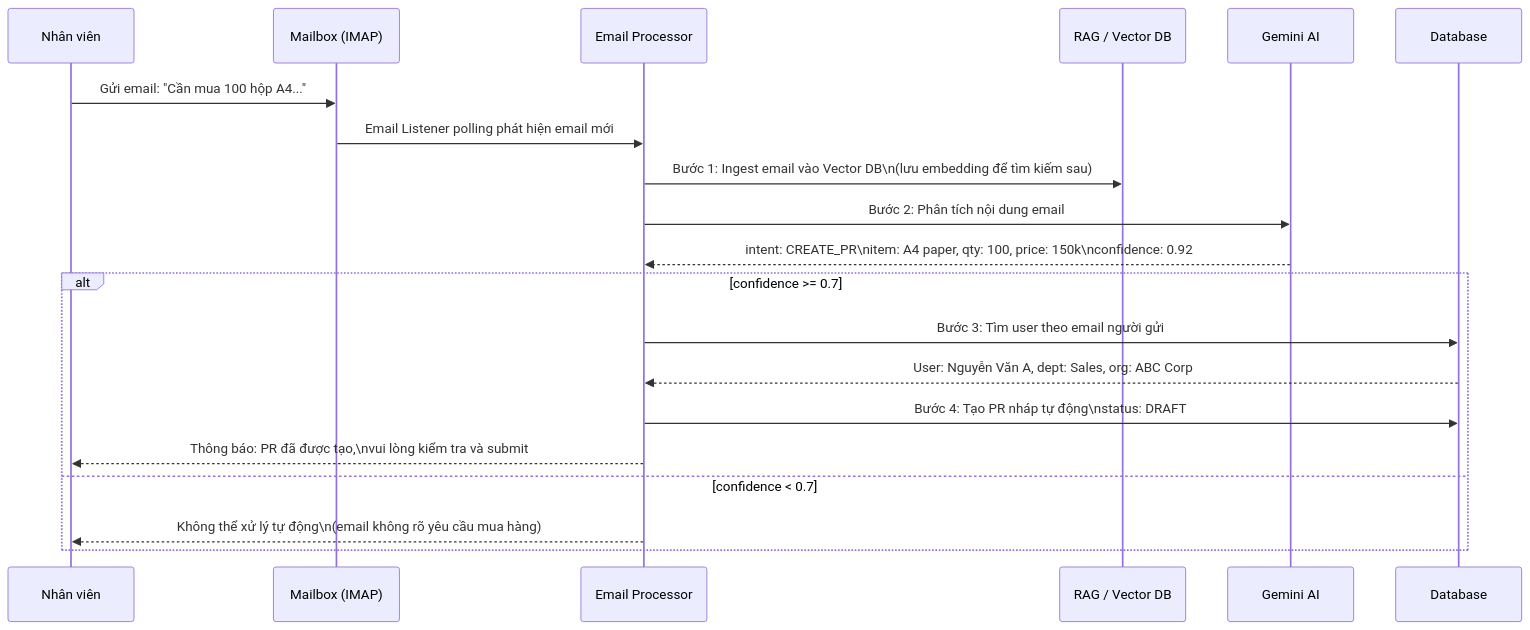
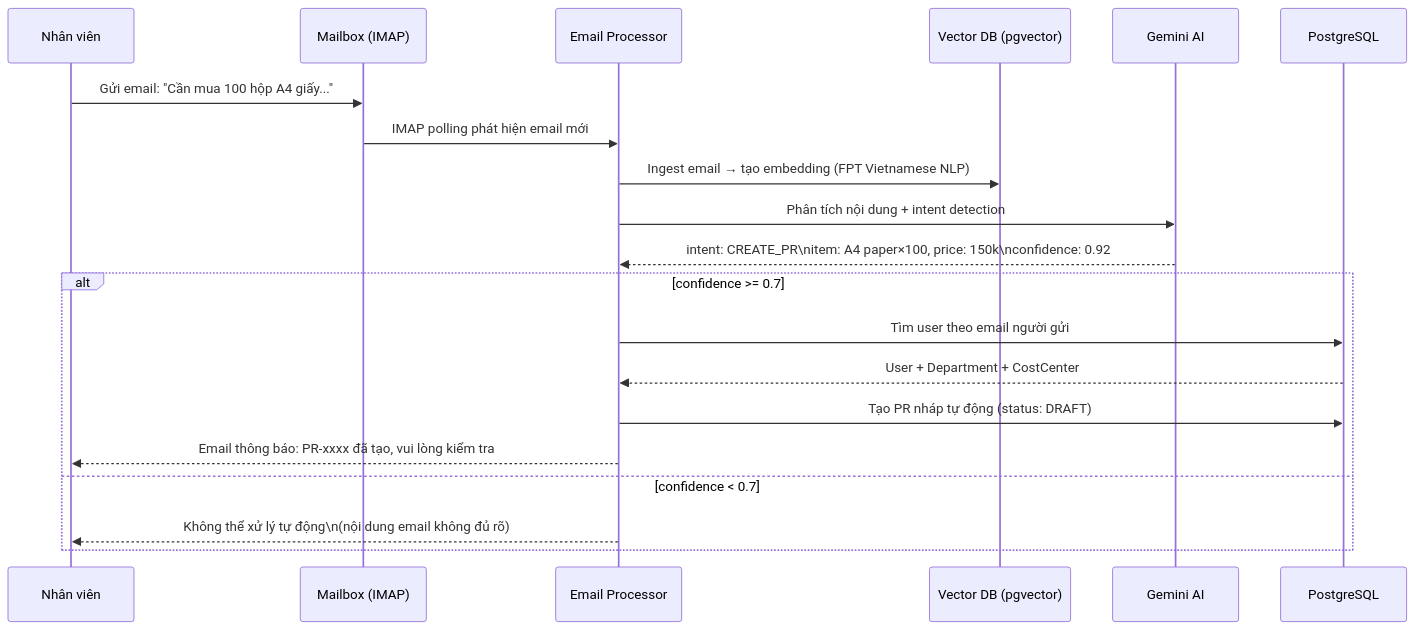
The eighth of 10 diagrams in README.md (NguyenDinhNam28803/Order_Management_System), drawn with Mermaid before and after one commit. The commit also changed other lines of this file, not shown here.

````diff
--- a/README.md
+++ b/README.md
@@ -320,24 +398,24 @@
 ```mermaid
 sequenceDiagram
     participant EMP as Nhân viên
     participant MB as Mailbox (IMAP)
     participant EP as Email Processor
-    participant RAG as RAG / Vector DB
+    participant RAG as Vector DB (pgvector)
     participant AI as Gemini AI
-    participant DB as Database
+    participant DB as PostgreSQL
 
-    EMP->>MB: Gửi email: "Cần mua 100 hộp A4..."
-    MB->>EP: Email Listener polling phát hiện email mới
-    EP->>RAG: Bước 1: Ingest email vào Vector DB\n(lưu embedding để tìm kiếm sau)
-    EP->>AI: Bước 2: Phân tích nội dung email
-    AI-->>EP: intent: CREATE_PR\nitem: A4 paper, qty: 100, price: 150k\nconfidence: 0.92
+    EMP->>MB: Gửi email: "Cần mua 100 hộp A4 giấy..."
+    MB->>EP: IMAP polling phát hiện email mới
+    EP->>RAG: Ingest email → tạo embedding (FPT Vietnamese NLP)
+    EP->>AI: Phân tích nội dung + intent detection
+    AI-->>EP: intent: CREATE_PR\nitem: A4 paper×100, price: 150k\nconfidence: 0.92
 
     alt confidence >= 0.7
-        EP->>DB: Bước 3: Tìm user theo email người gửi
-        DB-->>EP: User: Nguyễn Văn A, dept: Sales, org: ABC Corp
-        EP->>DB: Bước 4: Tạo PR nháp tự động\nstatus: DRAFT
-        EP-->>EMP: Thông báo: PR đã được tạo,\nvui lòng kiểm tra và submit
+        EP->>DB: Tìm user theo email người gửi
+        DB-->>EP: User + Department + CostCenter
+        EP->>DB: Tạo PR nháp tự động (status: DRAFT)
+        EP-->>EMP: Email thông báo: PR-xxxx đã tạo, vui lòng kiểm tra
     else confidence < 0.7
-        EP-->>EMP: Không thể xử lý tự động\n(email không rõ yêu cầu mua hàng)
+        EP-->>EMP: Không thể xử lý tự động\n(nội dung email không đủ rõ)
     end
 ```
````
